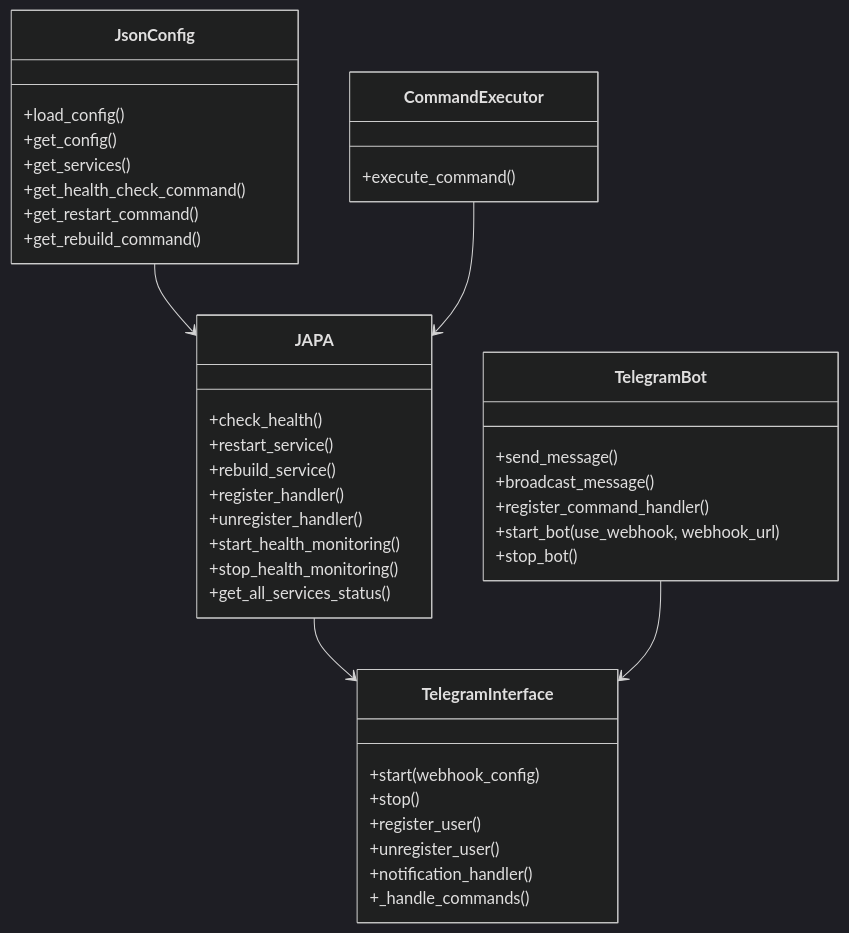
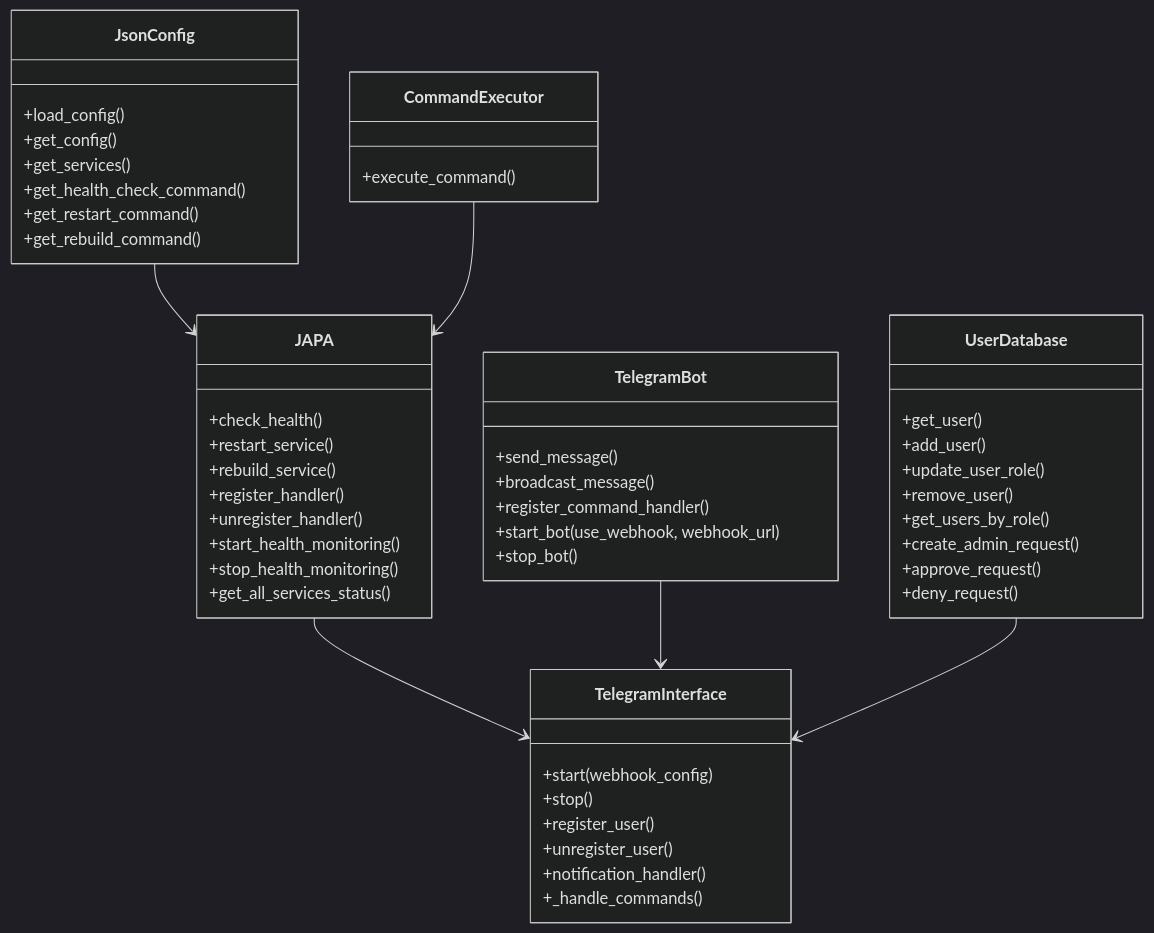
Before and after one commit to ABHIRAMSHIBU/accelerate: the first of 2 diagrams in docs/arch.md, drawn with Mermaid (dark theme). The commit also changed other lines of this file and 5 other files, not shown here.

````diff
--- a/docs/arch.md
+++ b/docs/arch.md
@@ -40,44 +48,55 @@
 ```mermaid
 classDiagram
     class JsonConfig {
         +load_config()
         +get_config()
         +get_services()
         +get_health_check_command()
         +get_restart_command()
         +get_rebuild_command()
     }
     class TelegramBot {
         +send_message()
         +broadcast_message()
         +register_command_handler()
         +start_bot(use_webhook, webhook_url)
         +stop_bot()
     }
     class CommandExecutor {
         +execute_command()
     }
     class JAPA {
         +check_health()
         +restart_service()
         +rebuild_service()
         +register_handler()
         +unregister_handler()
         +start_health_monitoring()
         +stop_health_monitoring()
         +get_all_services_status()
     }
     class TelegramInterface {
         +start(webhook_config)
         +stop()
         +register_user()
         +unregister_user()
         +notification_handler()
         +_handle_commands()
     }
+    class UserDatabase {
+        +get_user()
+        +add_user()
+        +update_user_role()
+        +remove_user()
+        +get_users_by_role()
+        +create_admin_request()
+        +approve_request()
+        +deny_request()
+    }
     
     JsonConfig --> JAPA
     CommandExecutor --> JAPA
     JAPA --> TelegramInterface
     TelegramBot --> TelegramInterface
+    UserDatabase --> TelegramInterface
 ```
````
